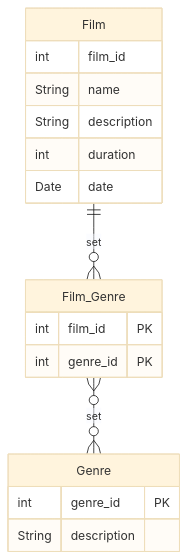
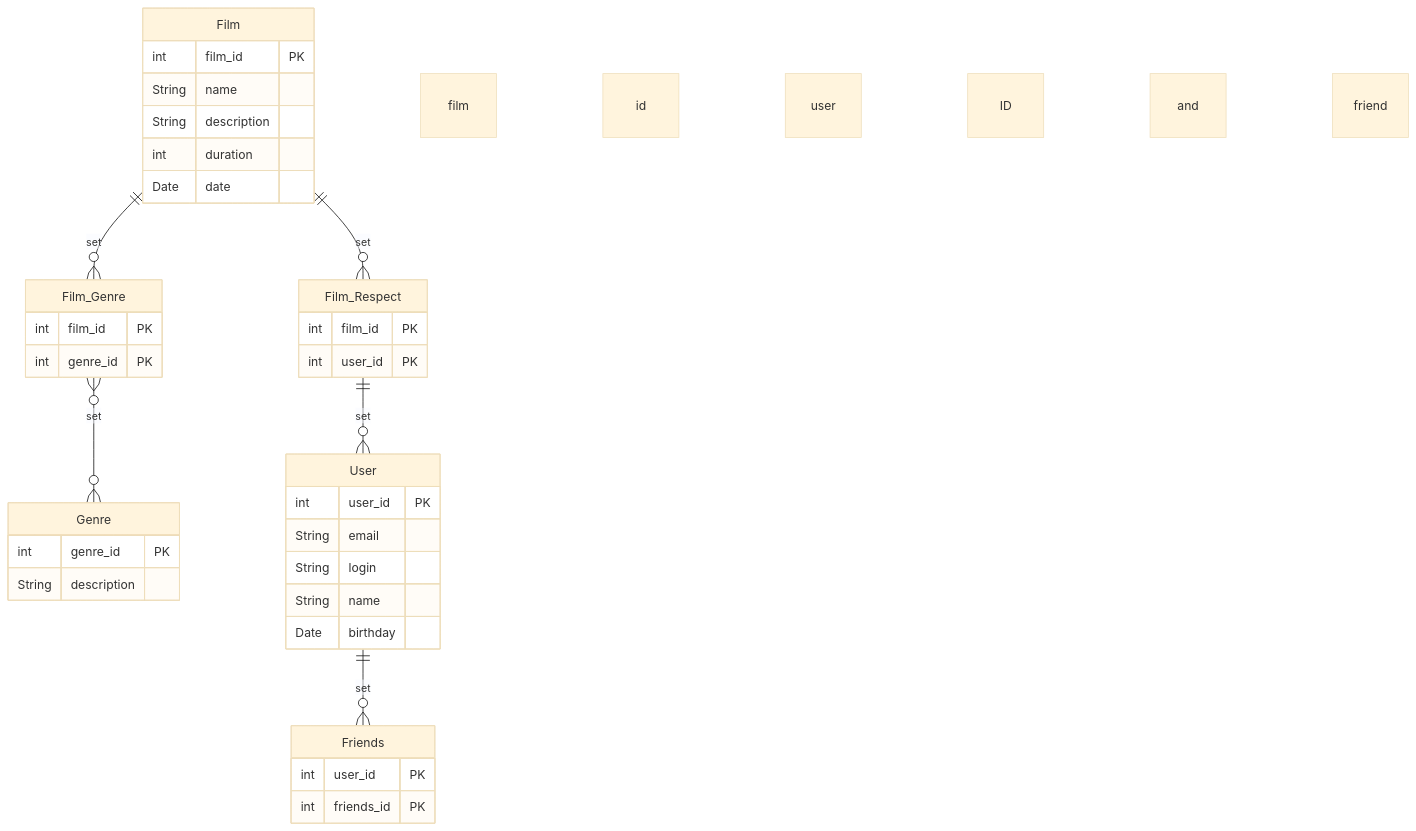
One commit to RedStarMisha/java-filmorate changed the diagram in README.md. Above: the diagram before and after it, drawn with Mermaid (base theme).

Commit message:
Style: правки по замечаниям ревьюера

````diff
--- a/README.md
+++ b/README.md
@@ -4,22 +4,38 @@
 ```mermaid
 erDiagram
 Film_Genre {
     int film_id PK
     int genre_id PK
     }
     Film_Genre }o--o{ Genre : set
 Genre {
     int genre_id PK
     String description
     }
     Film ||--o{ Film_Genre : set
 Film {
-    int film_id
+    int film_id PK
     String name
     String description
     int duration
     Date date
     }
-
-
+    Film ||--o{ Film_Respect:set film id
+Film_Respect {
+    int film_id PK
+    int user_id PK
+    }
+    Film_Respect ||--o{ User : set user ID
+    User {
+    int user_id PK
+    String email
+    String login
+    String name
+    Date birthday
+    }
+    User ||--o{ Friends : set user and friend ID
+    Friends {
+    int user_id PK
+    int friends_id PK
+    }
 ```
````
